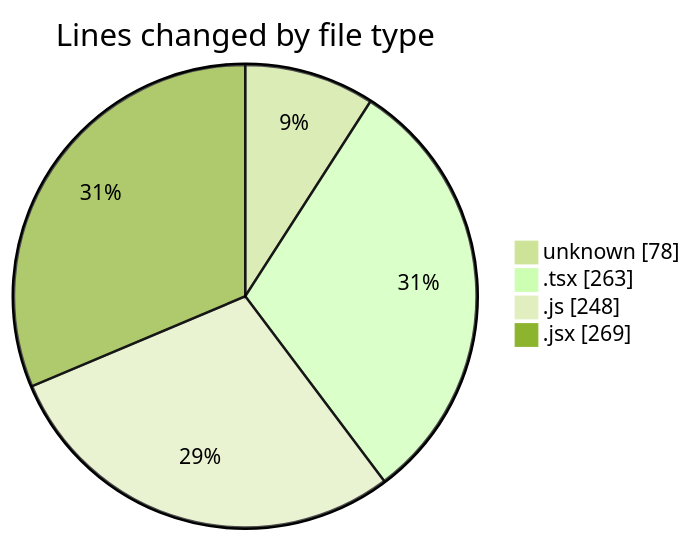
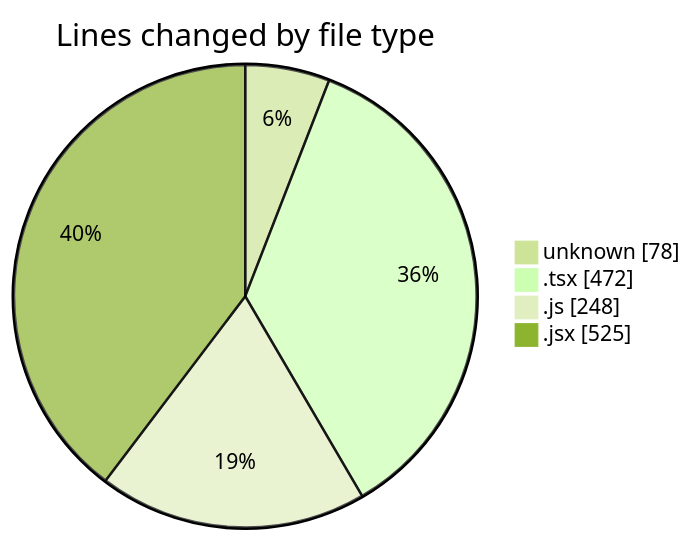
The first of 2 diagrams in 2025-06-02/cda/README.md (momahboobian/code-tracking), drawn with Mermaid (forest theme) before and after one commit. The commit also changed other lines of this file and 1 other file, not shown here.

````diff
--- a/2025-06-02/cda/README.md
+++ b/2025-06-02/cda/README.md
@@ -25,8 +27,8 @@
 ```mermaid
 pie showData
 title Lines changed by file type
 "unknown" : 78
-".tsx" : 263
+".tsx" : 472
 ".js" : 248
-".jsx" : 269
+".jsx" : 525
 ```
````
